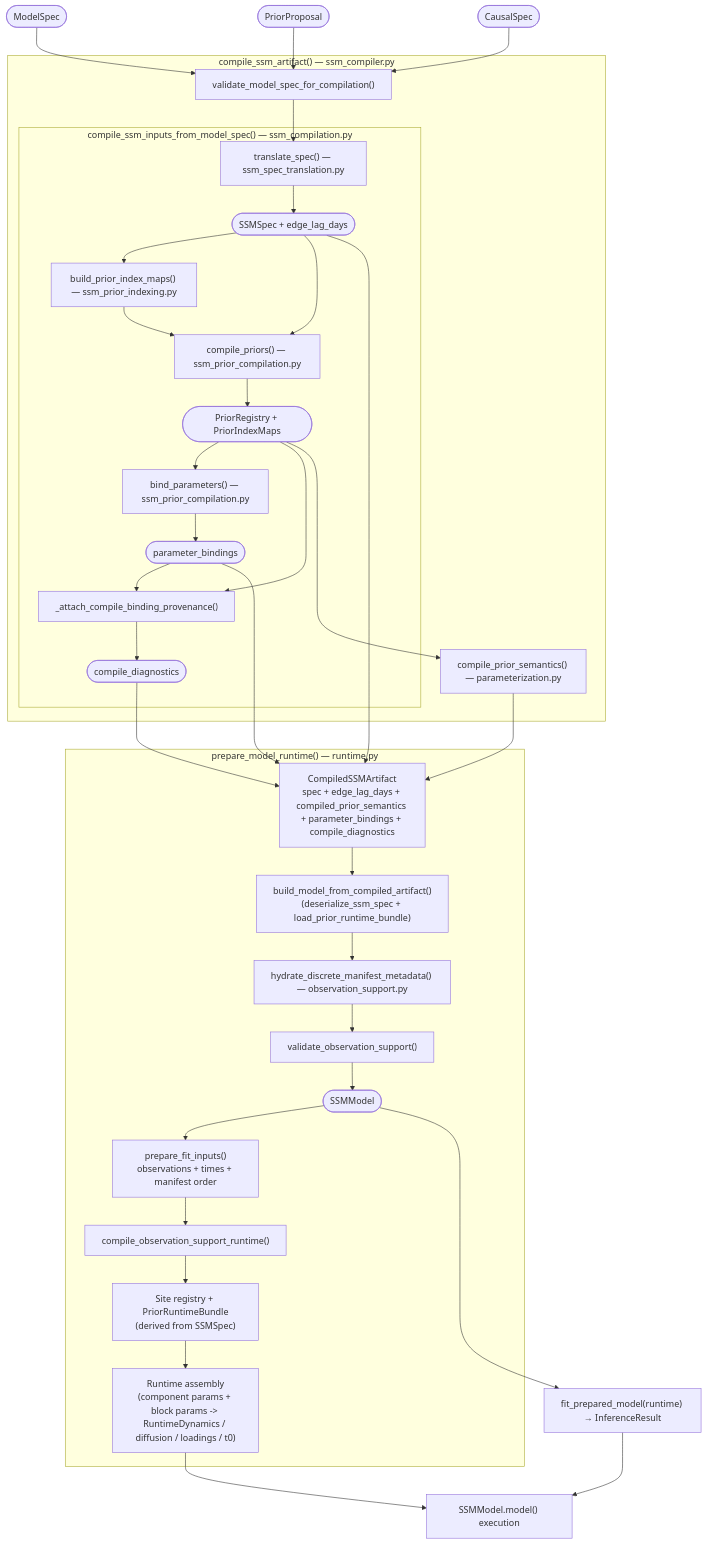
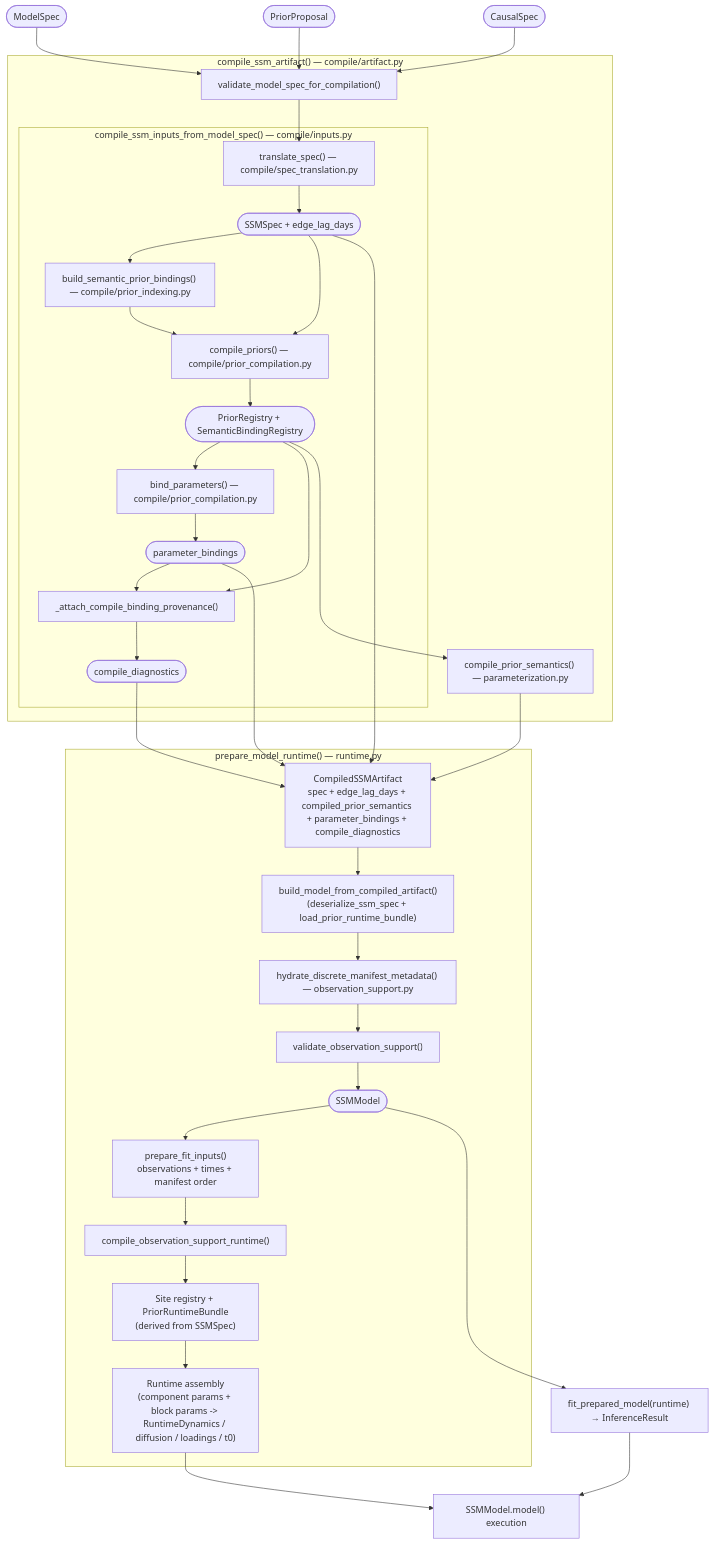
One commit to ma9o/causal-ssm-agent changed the first of 2 diagrams in docs/reference/compilation.md. Above: the diagram before and after it, drawn with Mermaid. The commit also changed other lines of this file and 57 other files, not shown here.

````diff
--- a/docs/reference/compilation.md
+++ b/docs/reference/compilation.md
@@ -5,54 +5,54 @@
 ```mermaid
 graph TD
     ModelSpec(["ModelSpec"])
     PriorProposal(["PriorProposal"])
     CausalSpec(["CausalSpec"])
 
     ModelSpec & PriorProposal & CausalSpec --> validate
 
-    subgraph compile_ssm_artifact ["compile_ssm_artifact() — ssm_compiler.py"]
+    subgraph compile_ssm_artifact ["compile_ssm_artifact() — compile/artifact.py"]
         validate["validate_model_spec_for_compilation()"]
         validate --> translate
 
-        subgraph compile_model_spec ["compile_ssm_inputs_from_model_spec() — ssm_compilation.py"]
-            translate["translate_spec() — ssm_spec_translation.py"]
+        subgraph compile_model_spec ["compile_ssm_inputs_from_model_spec() — compile/inputs.py"]
+            translate["translate_spec() — compile/spec_translation.py"]
             translate --> translate_out(["SSMSpec + edge_lag_days"])
-            translate_out --> prior_idx["build_prior_index_maps() — ssm_prior_indexing.py"]
-            prior_idx --> priors["compile_priors() — ssm_prior_compilation.py"]
+            translate_out --> prior_idx["build_semantic_prior_bindings() — compile/prior_indexing.py"]
+            prior_idx --> priors["compile_priors() — compile/prior_compilation.py"]
             translate_out --> priors
-            priors --> priors_out(["PriorRegistry + PriorIndexMaps"])
-            priors_out --> bind["bind_parameters() — ssm_prior_compilation.py"]
+            priors --> priors_out(["PriorRegistry + SemanticBindingRegistry"])
+            priors_out --> bind["bind_parameters() — compile/prior_compilation.py"]
             bind --> bind_out(["parameter_bindings"])
             priors_out --> attach_diag["_attach_compile_binding_provenance()"]
             bind_out --> attach_diag
             attach_diag --> diag_out(["compile_diagnostics"])
         end
 
         priors_out --> prior_sem["compile_prior_semantics() — parameterization.py"]
     end
 
     translate_out --> artifact
     prior_sem --> artifact
     bind_out --> artifact
     diag_out --> artifact
     artifact["CompiledSSMArtifact\nspec + edge_lag_days + compiled_prior_semantics + parameter_bindings + compile_diagnostics"]
 
     subgraph prepare_model_runtime ["prepare_model_runtime() — runtime.py"]
         artifact --> model_ctor["build_model_from_compiled_artifact()\n(deserialize_ssm_spec + load_prior_runtime_bundle)"]
         model_ctor --> hydrate["hydrate_discrete_manifest_metadata() — observation_support.py"]
         hydrate --> validate_obs["validate_observation_support()"]
         validate_obs --> ssm_model(["SSMModel"])
         ssm_model --> arrays["prepare_fit_inputs()\nobservations + times + manifest order"]
         arrays --> support["compile_observation_support_runtime()"]
         support --> registry["Site registry + PriorRuntimeBundle\n(derived from SSMSpec)"]
         registry --> assemble["Runtime assembly\n(component params + block params -> RuntimeDynamics / diffusion / loadings / t0)"]
     end
 
     ssm_model --> fit["fit_prepared_model(runtime) → InferenceResult"]
     fit --> execute["SSMModel.model() execution"]
     assemble --> execute
 
     click ModelSpec "../pipeline/04-model-specification-priors.md#modelspec"
     click PriorProposal "../pipeline/04-model-specification-priors.md#priorproposal"
     click CausalSpec "../pipeline/01b-measurement-identifiability.md#causalspec"
 ```
````
